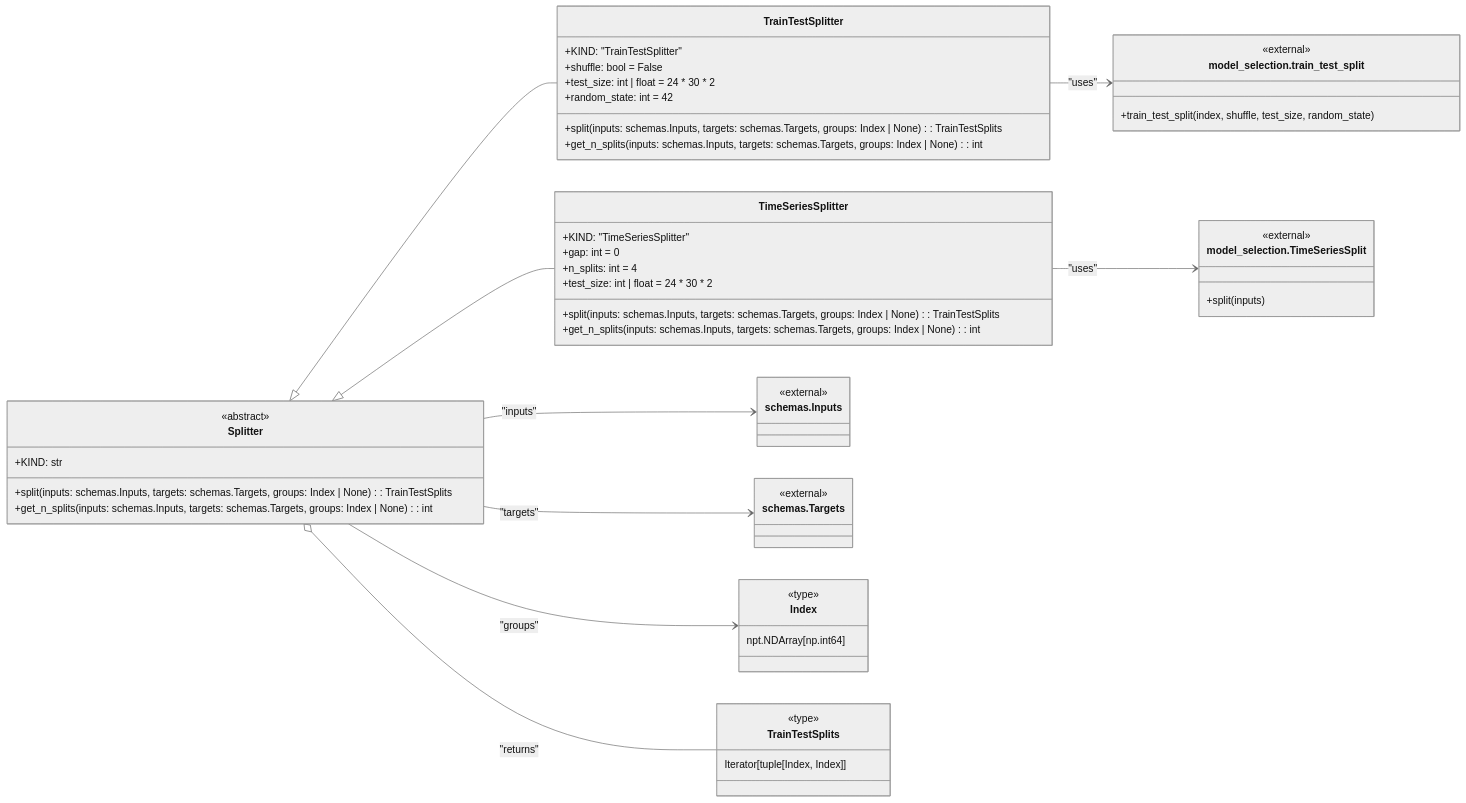
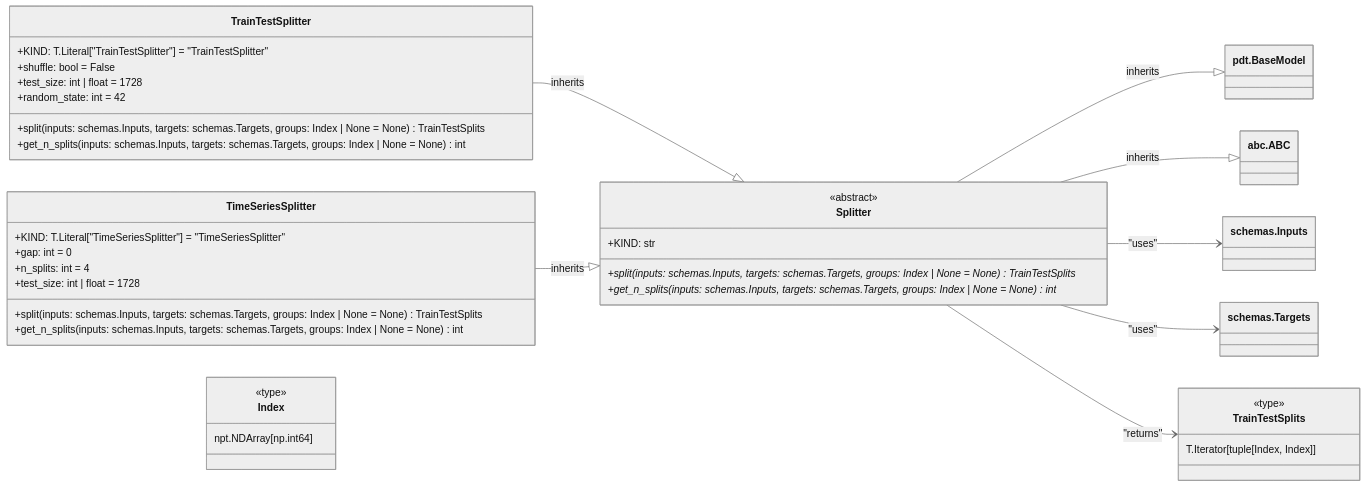
One commit to lgcorzo/mlops-python-package changed the diagram in Documents/Splitters_stories.md. Above: the diagram before and after it, drawn with Mermaid (neutral theme). The commit also changed other lines of this file and 21 other files, not shown here.

````diff
--- a/Documents/Splitters_stories.md
+++ b/Documents/Splitters_stories.md
@@ -19,69 +19,47 @@
 ```mermaid
 classDiagram
-direction LR
+    direction LR
 
     class Splitter {
         <<abstract>>
         +KIND: str
-        +split(inputs: schemas.Inputs, targets: schemas.Targets, groups: Index | None) : TrainTestSplits
-        +get_n_splits(inputs: schemas.Inputs, targets: schemas.Targets, groups: Index | None) : int
+        +split(inputs: schemas.Inputs, targets: schemas.Targets, groups: Index | None = None) TrainTestSplits*
+        +get_n_splits(inputs: schemas.Inputs, targets: schemas.Targets, groups: Index | None = None) int*
     }
+    Splitter --|> pdt.BaseModel : inherits
+    Splitter --|> abc.ABC : inherits
 
     class TrainTestSplitter {
-        +KIND: "TrainTestSplitter"
+        +KIND: T.Literal["TrainTestSplitter"] = "TrainTestSplitter"
         +shuffle: bool = False
-        +test_size: int | float = 24 * 30 * 2
+        +test_size: int | float = 1728
         +random_state: int = 42
-        +split(inputs: schemas.Inputs, targets: schemas.Targets, groups: Index | None) : TrainTestSplits
-        +get_n_splits(inputs: schemas.Inputs, targets: schemas.Targets, groups: Index | None) : int
+        +split(inputs: schemas.Inputs, targets: schemas.Targets, groups: Index | None = None) TrainTestSplits
+        +get_n_splits(inputs: schemas.Inputs, targets: schemas.Targets, groups: Index | None = None) int
     }
+    TrainTestSplitter --|> Splitter : inherits
 
     class TimeSeriesSplitter {
-        +KIND: "TimeSeriesSplitter"
+        +KIND: T.Literal["TimeSeriesSplitter"] = "TimeSeriesSplitter"
         +gap: int = 0
         +n_splits: int = 4
-        +test_size: int | float = 24 * 30 * 2
-        +split(inputs: schemas.Inputs, targets: schemas.Targets, groups: Index | None) : TrainTestSplits
-        +get_n_splits(inputs: schemas.Inputs, targets: schemas.Targets, groups: Index | None) : int
+        +test_size: int | float = 1728
+        +split(inputs: schemas.Inputs, targets: schemas.Targets, groups: Index | None = None) TrainTestSplits
+        +get_n_splits(inputs: schemas.Inputs, targets: schemas.Targets, groups: Index | None = None) int
     }
+    TimeSeriesSplitter --|> Splitter : inherits
 
-    class schemas.Inputs {
-        <<external>>
-    }
-
-    class schemas.Targets {
-        <<external>>
-    }
-
-    class model_selection.train_test_split {
-        <<external>>
-        +train_test_split(index, shuffle, test_size, random_state)
-    }
-
-    class model_selection.TimeSeriesSplit {
-        <<external>>
-        +split(inputs)
+    class TrainTestSplits {
+        <<type>>
+        T.Iterator[tuple[Index, Index]]
     }
 
     class Index {
         <<type>>
         npt.NDArray[np.int64]
     }
 
-    class TrainTestSplits {
-        <<type>>
-        Iterator[tuple[Index, Index]]
-    }
-
-    Splitter <|-- TrainTestSplitter
-    Splitter <|-- TimeSeriesSplitter
-
-    Splitter --> schemas.Inputs : "inputs"
-    Splitter --> schemas.Targets : "targets"
-    Splitter --> Index : "groups"
-    Splitter o-- TrainTestSplits : "returns"
-
-    TrainTestSplitter --> model_selection.train_test_split : "uses"
-    TimeSeriesSplitter --> model_selection.TimeSeriesSplit : "uses"
-
+    Splitter --> schemas.Inputs : "uses"
+    Splitter --> schemas.Targets : "uses"
+    Splitter --> TrainTestSplits : "returns"
 ```
````
